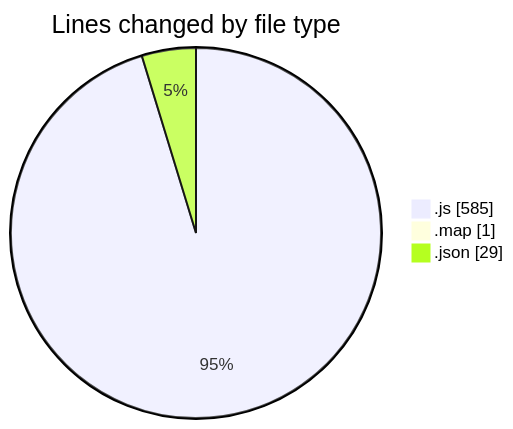
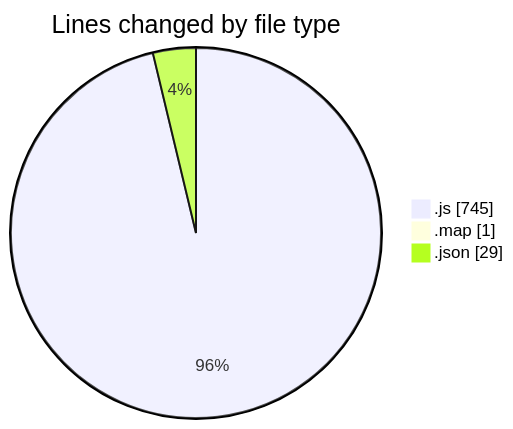
Before and after one commit to nxtqubesakshisongat/code-tracking: the first of 2 diagrams in 2025-10-14/accounting-master/README.md, drawn with Mermaid. The commit also changed other lines of this file and 1 other file, not shown here.

````diff
--- a/2025-10-14/accounting-master/README.md
+++ b/2025-10-14/accounting-master/README.md
@@ -30,7 +31,7 @@
 ```mermaid
 pie showData
 title Lines changed by file type
-".js" : 585
+".js" : 745
 ".map" : 1
 ".json" : 29
 ```
````
